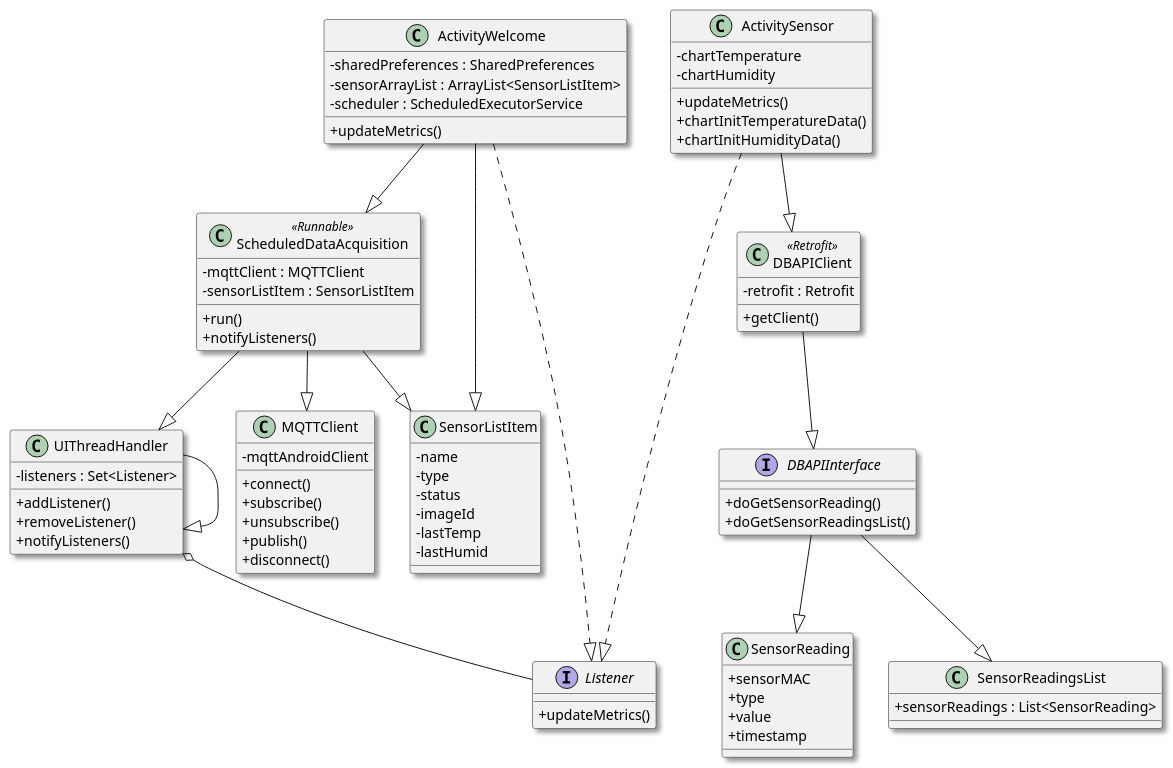
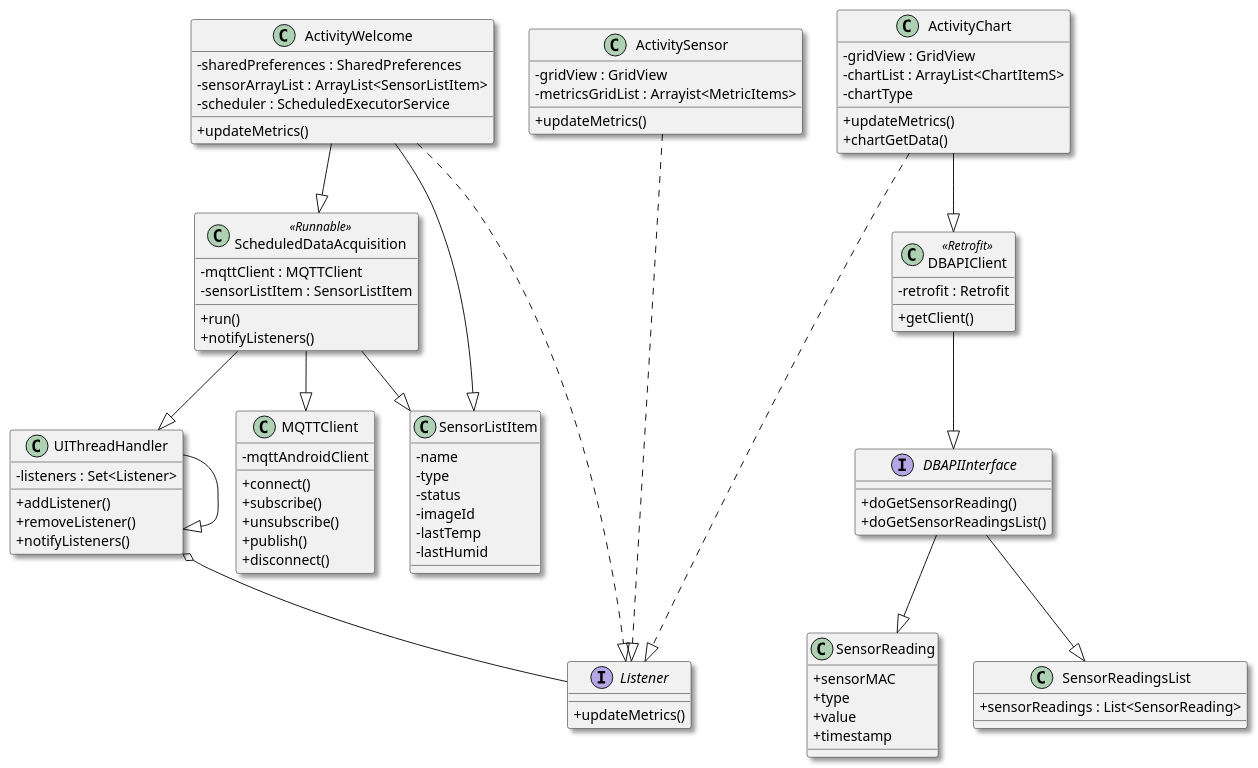
Before and after one commit to Coposescu/IoTDocumentation: the seventh of 10 diagrams in templateLaTeX-Rom-2024/templateLaTeX-Rom/figs/diagrams.md, drawn with PlantUML. The commit also changed other lines of this file and 9 other files, not shown here.

```diff
--- a/templateLaTeX-Rom-2024/templateLaTeX-Rom/figs/diagrams.md
+++ b/templateLaTeX-Rom-2024/templateLaTeX-Rom/figs/diagrams.md
@@ -278,11 +278,16 @@
     +updateMetrics()
 }
 class ActivitySensor {
-    -chartTemperature
-    -chartHumidity
+    -gridView : GridView
+    -metricsGridList : Arrayist<MetricItems>
     +updateMetrics()
-    +chartInitTemperatureData()
-    +chartInitHumidityData()
+}
+class ActivityChart {
+    -gridView : GridView
+    -chartList : ArrayList<ChartItemS>
+    -chartType
+    +updateMetrics()
+    +chartGetData()
 }
 class ScheduledDataAcquisition <<Runnable>> {
     -mqttClient : MQTTClient
@@ -341,7 +346,9 @@
 ActivityWelcome --|> SensorListItem
 
 ActivitySensor ....|> Listener
-ActivitySensor --|> DBAPIClient
+
+ActivityChart ....|> Listener
+ActivityChart --|> DBAPIClient
 
 DBAPIClient --|> DBAPIInterface
 DBAPIInterface --|> SensorReadingsList
```
